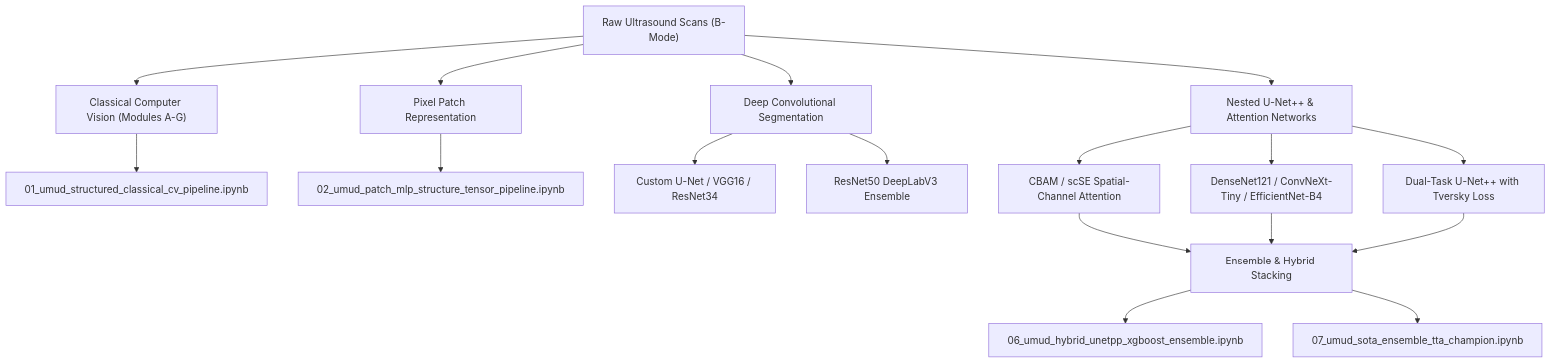
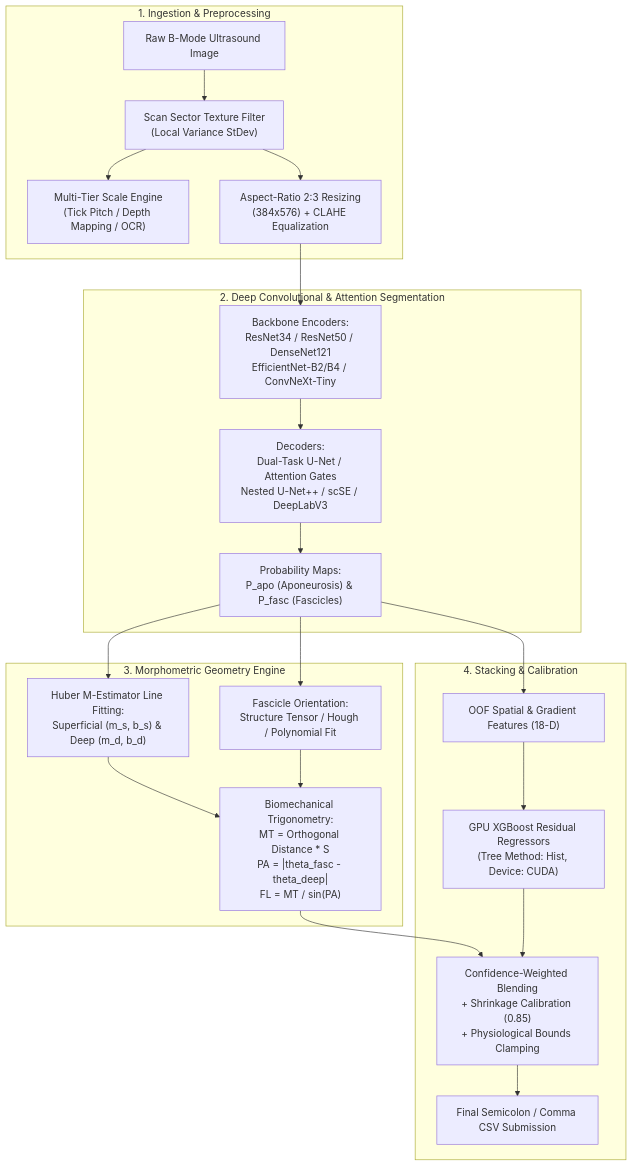
Before and after one commit to Mohula-Prasath/UMUD_architecture: the diagram in README.md, drawn with Mermaid. The commit also changed other lines of this file, not shown here.

Commit message:
Update README.md with comprehensive deep-dive code specifications, classes, and pipeline mechanics for all 23 notebooks

````diff
--- a/README.md
+++ b/README.md
@@ -99,24 +140,27 @@
 ```mermaid
-graph TD
-    A["Raw Ultrasound Scans (B-Mode)"] --> B["Classical Computer Vision (Modules A-G)"]
-    A --> C["Pixel Patch Representation"]
-    A --> D["Deep Convolutional Segmentation"]
-    A --> E["Nested U-Net++ & Attention Networks"]
-    
-    B --> B1["01_umud_structured_classical_cv_pipeline.ipynb"]
-    C --> C1["02_umud_patch_mlp_structure_tensor_pipeline.ipynb"]
-    
-    D --> D1["Custom U-Net / VGG16 / ResNet34"]
-    D --> D2["ResNet50 DeepLabV3 Ensemble"]
-    
-    E --> E1["CBAM / scSE Spatial-Channel Attention"]
-    E --> E2["DenseNet121 / ConvNeXt-Tiny / EfficientNet-B4"]
-    E --> E3["Dual-Task U-Net++ with Tversky Loss"]
-    
-    E1 --> F["Ensemble & Hybrid Stacking"]
-    E2 --> F
-    E3 --> F
-    
-    F --> F1["06_umud_hybrid_unetpp_xgboost_ensemble.ipynb"]
-    F --> F2["07_umud_sota_ensemble_tta_champion.ipynb"]
+flowchart TD
+    subgraph INPUT ["1. Ingestion & Preprocessing"]
+        RAW["Raw B-Mode Ultrasound Image"] --> DET["Scan Sector Texture Filter<br/>(Local Variance StDev)"]
+        DET --> SCALE["Multi-Tier Scale Engine<br/>(Tick Pitch / Depth Mapping / OCR)"]
+        DET --> NORM["Aspect-Ratio 2:3 Resizing<br/>(384x576) + CLAHE Equalization"]
+    end
+
+    subgraph SEG ["2. Deep Convolutional & Attention Segmentation"]
+        NORM --> ENCODER["Backbone Encoders:<br/>ResNet34 / ResNet50 / DenseNet121<br/>EfficientNet-B2/B4 / ConvNeXt-Tiny"]
+        ENCODER --> DECODER["Decoders:<br/>Dual-Task U-Net / Attention Gates<br/>Nested U-Net++ / scSE / DeepLabV3"]
+        DECODER --> MASKS["Probability Maps:<br/>P_apo (Aponeurosis) & P_fasc (Fascicles)"]
+    end
+
+    subgraph POST ["3. Morphometric Geometry Engine"]
+        MASKS --> FIT_APO["Huber M-Estimator Line Fitting:<br/>Superficial (m_s, b_s) & Deep (m_d, b_d)"]
+        MASKS --> FIT_FASC["Fascicle Orientation:<br/>Structure Tensor / Hough / Polynomial Fit"]
+        FIT_APO & FIT_FASC --> TRIG["Biomechanical Trigonometry:<br/>MT = Orthogonal Distance * S<br/>PA = |theta_fasc - theta_deep|<br/>FL = MT / sin(PA)"]
+    end
+
+    subgraph ENSEMBLE ["4. Stacking & Calibration"]
+        MASKS --> OOF["OOF Spatial & Gradient Features (18-D)"]
+        OOF --> XGB["GPU XGBoost Residual Regressors<br/>(Tree Method: Hist, Device: CUDA)"]
+        TRIG & XGB --> BLEND["Confidence-Weighted Blending<br/>+ Shrinkage Calibration (0.85)<br/>+ Physiological Bounds Clamping"]
+        BLEND --> SUB["Final Semicolon / Comma CSV Submission"]
+    end
 ```
````
